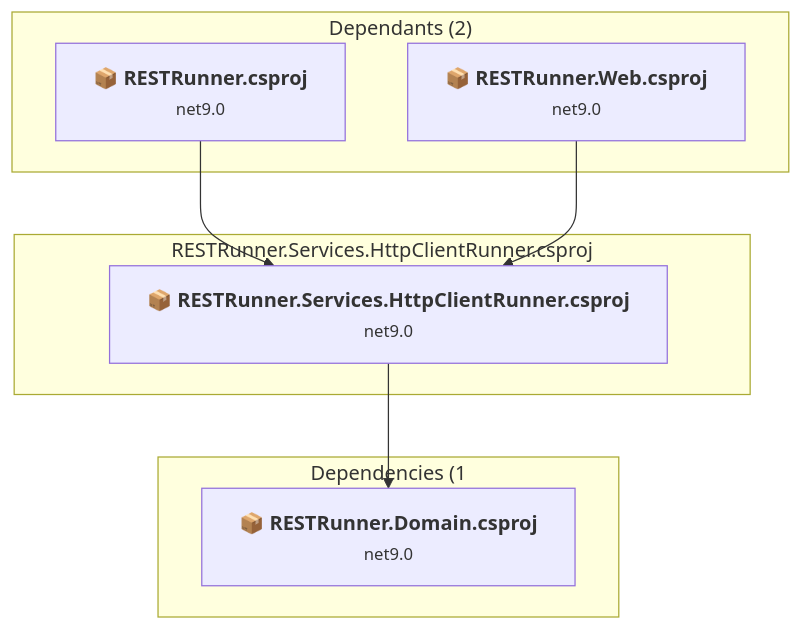
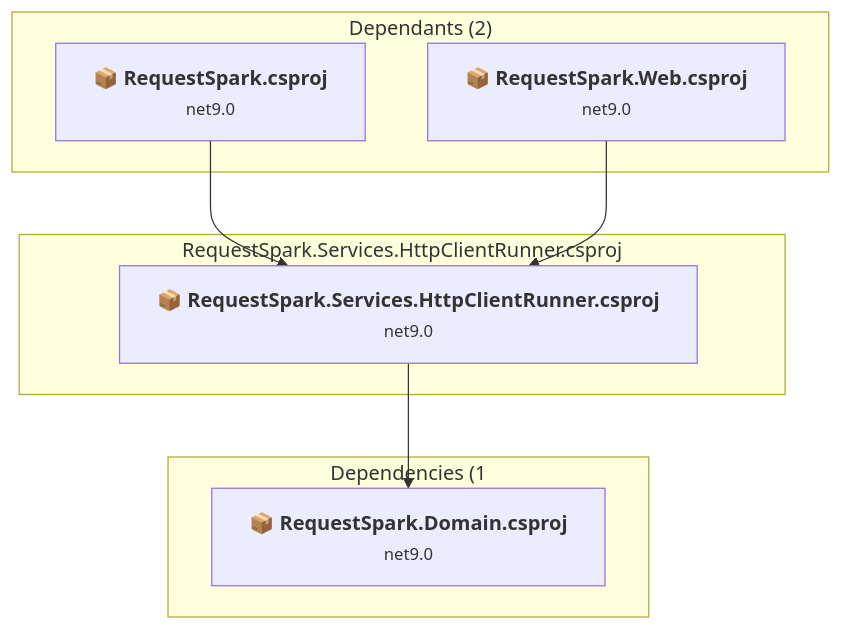
Before and after one commit to markhazleton/RESTRunner: the fifth of 7 diagrams in .github/upgrades/assessment.md, drawn with Mermaid. The commit also changed other lines of this file and 326 other files, not shown here.

First line of the commit message:
feat(rebrand): rename RESTRunner to RequestSpark (#11)

````diff
--- a/.github/upgrades/assessment.md
+++ b/.github/upgrades/assessment.md
@@ -338,21 +340,21 @@
 ```mermaid
 flowchart TB
     subgraph upstream["Dependants (2)"]
-        P1["<b>📦&nbsp;RESTRunner.csproj</b><br/><small>net9.0</small>"]
-        P5["<b>📦&nbsp;RESTRunner.Web.csproj</b><br/><small>net9.0</small>"]
-        click P1 "#restrunnerrestrunnercsproj"
-        click P5 "#restrunnerwebrestrunnerwebcsproj"
+        P1["<b>📦&nbsp;RequestSpark.csproj</b><br/><small>net9.0</small>"]
+        P5["<b>📦&nbsp;RequestSpark.Web.csproj</b><br/><small>net9.0</small>"]
+        click P1 "#requestsparkrequestsparkcsproj"
+        click P5 "#requestsparkwebrequestsparkwebcsproj"
     end
-    subgraph current["RESTRunner.Services.HttpClientRunner.csproj"]
-        MAIN["<b>📦&nbsp;RESTRunner.Services.HttpClientRunner.csproj</b><br/><small>net9.0</small>"]
-        click MAIN "#restrunnerserviceshttpclientrestrunnerserviceshttpclientrunnercsproj"
+    subgraph current["RequestSpark.Services.HttpClientRunner.csproj"]
+        MAIN["<b>📦&nbsp;RequestSpark.Services.HttpClientRunner.csproj</b><br/><small>net9.0</small>"]
+        click MAIN "#requestsparkserviceshttpclientrequestsparkserviceshttpclientrunnercsproj"
     end
     subgraph downstream["Dependencies (1"]
-        P2["<b>📦&nbsp;RESTRunner.Domain.csproj</b><br/><small>net9.0</small>"]
-        click P2 "#restrunnerdomainrestrunnerdomaincsproj"
+        P2["<b>📦&nbsp;RequestSpark.Domain.csproj</b><br/><small>net9.0</small>"]
+        click P2 "#requestsparkdomainrequestsparkdomaincsproj"
     end
     P1 --> MAIN
     P5 --> MAIN
     MAIN --> P2
 
 ```
````
